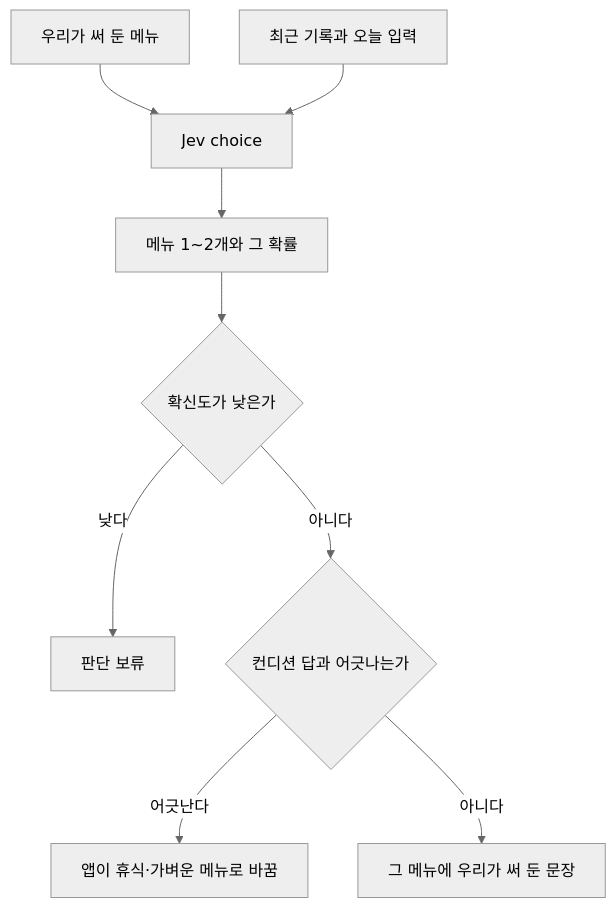
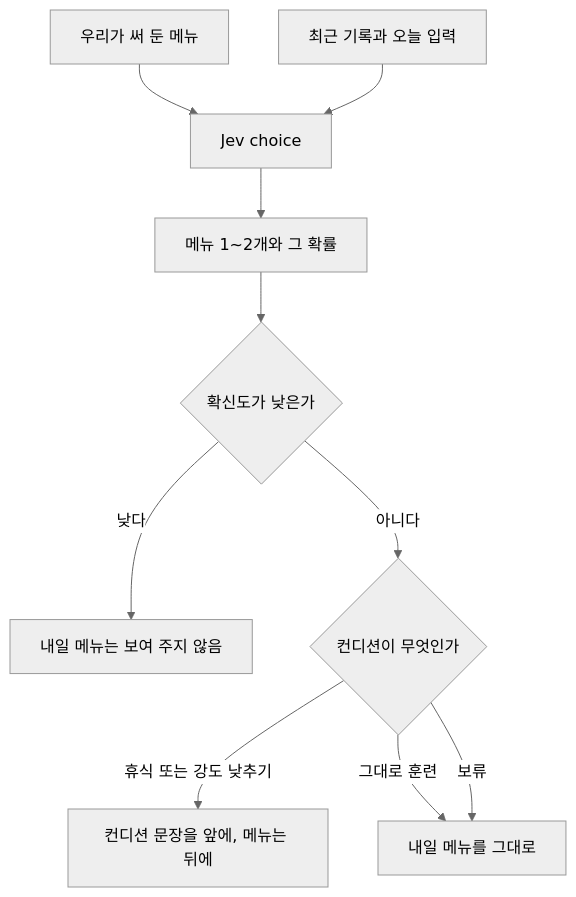
Before and after one commit to BeomhyunPark/hoohaa: the diagram in docs/v4/features/tomorrow.md, drawn with Mermaid (neutral theme). The commit also changed other lines of this file and 9 other files, not shown here.

````diff
--- a/docs/v4/features/tomorrow.md
+++ b/docs/v4/features/tomorrow.md
@@ -21,11 +25,12 @@
 ```mermaid
 flowchart TD
   menu["우리가 써 둔 메뉴"] --> jev["Jev choice"]
   raw["최근 기록과 오늘 입력"] --> jev
   jev --> pick["메뉴 1~2개와 그 확률"]
   pick --> gate{"확신도가 낮은가"}
-  gate -->|낮다| hold["판단 보류"]
-  gate -->|아니다| check{"컨디션 답과 어긋나는가"}
-  check -->|어긋난다| safe["앱이 휴식·가벼운 메뉴로 바꿈"]
-  check -->|아니다| show["그 메뉴에 우리가 써 둔 문장"]
+  gate -->|낮다| hold["내일 메뉴는 보여 주지 않음"]
+  gate -->|아니다| cond{"컨디션이 무엇인가"}
+  cond -->|휴식 또는 강도 낮추기| front["컨디션 문장을 앞에, 메뉴는 뒤에"]
+  cond -->|그대로 훈련| show["내일 메뉴를 그대로"]
+  cond -->|보류| show
 ```
````
